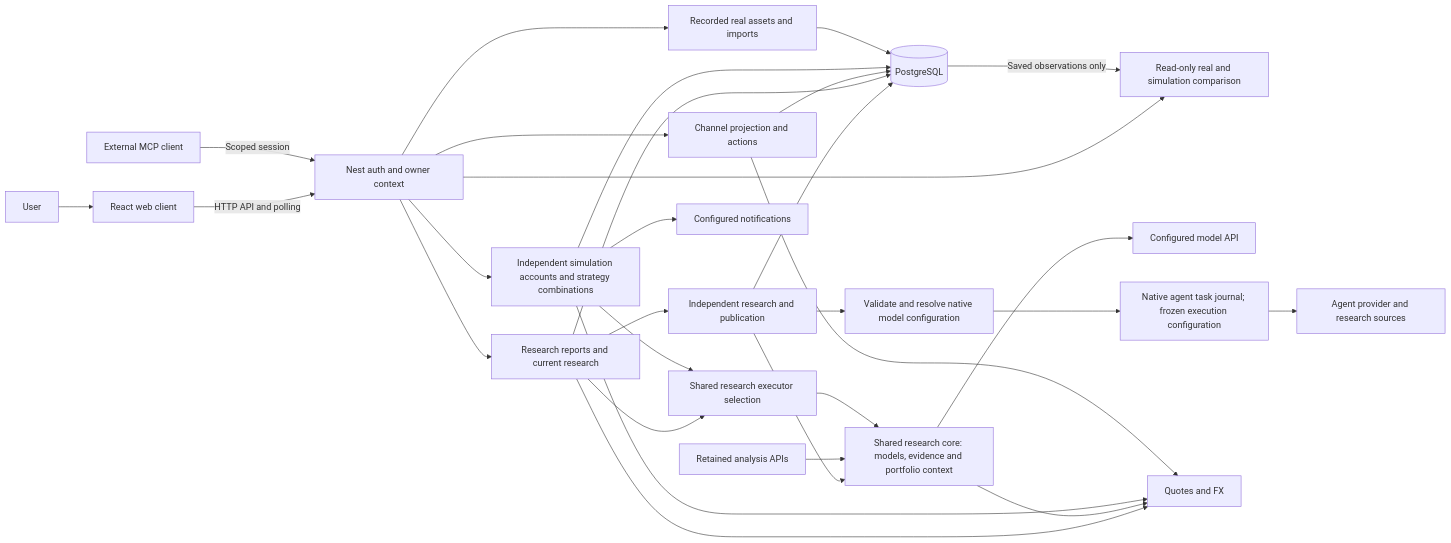
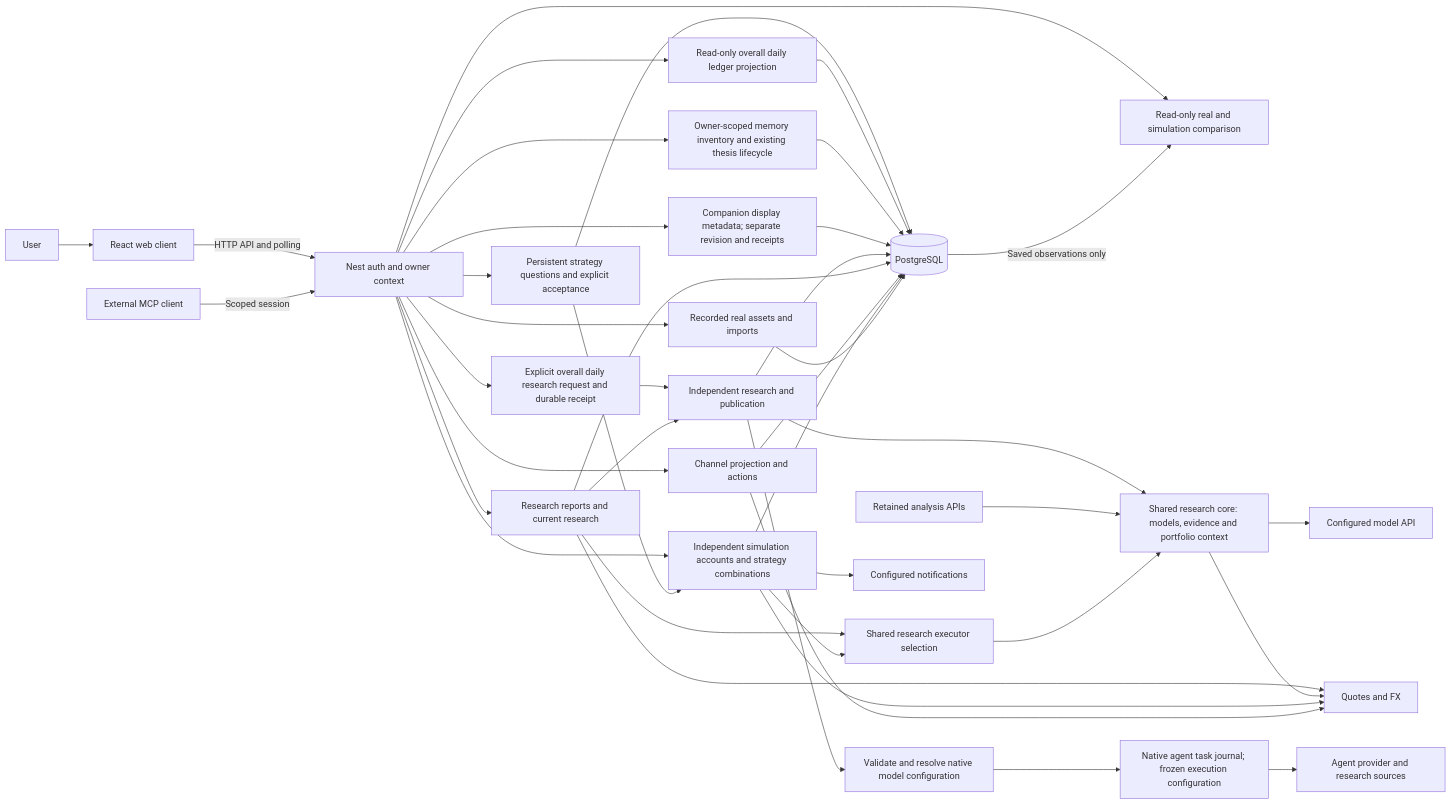
The first of 5 diagrams in docs/architecture.md (Lueyu/squabble), drawn with Mermaid before and after one commit. The commit also changed other lines of this file and 155 other files, not shown here.

Commit message:
feat: implement V4 AI companion workspace and strategy interviews

````diff
--- a/docs/architecture.md
+++ b/docs/architecture.md
@@ -26,32 +26,43 @@
 ```mermaid
 flowchart LR
     user["User"] --> web["React web client"]
     web -->|"HTTP API and polling"| auth["Nest auth and owner context"]
     auth --> experience["Research reports and current research"]
     auth --> comparison["Read-only real and simulation comparison"]
     auth --> channel["Channel projection and actions"]
     auth --> strategy["Independent simulation accounts and strategy combinations"]
     auth --> ledger["Recorded real assets and imports"]
+    auth --> interview["Persistent strategy questions and explicit acceptance"]
+    interview --> strategy
+    auth --> daily["Read-only overall daily ledger projection"]
+    auth --> overallCommand["Explicit overall daily research request and durable receipt"]
+    overallCommand --> council
+    auth --> memory["Owner-scoped memory inventory and existing thesis lifecycle"]
+    auth --> persona["Companion display metadata; separate revision and receipts"]
+    interview --> db
+    daily --> db
+    memory --> db
+    persona --> db
     experience --> council["Independent research and publication"]
     council --> core["Shared research core: models, evidence and portfolio context"]
     legacy["Retained analysis APIs"] --> core
     core --> models["Configured model API"]
     experience --> routing["Shared research executor selection"]
     strategy --> routing
     routing --> core
     council --> nativeConfig["Validate and resolve native model configuration"]
     nativeConfig --> native["Native agent task journal; frozen execution configuration"]
     native --> provider["Agent provider and research sources"]
     experience --> data["Quotes and FX"]
     core --> data
     strategy --> data
     channel --> data
     council --> db[("PostgreSQL")]
     experience --> db
     channel --> db
     strategy --> db
     ledger --> db
     db -->|"Saved observations only"| comparison
     strategy --> notify["Configured notifications"]
     mcp["External MCP client"] -->|"Scoped session"| auth
 ```
````
